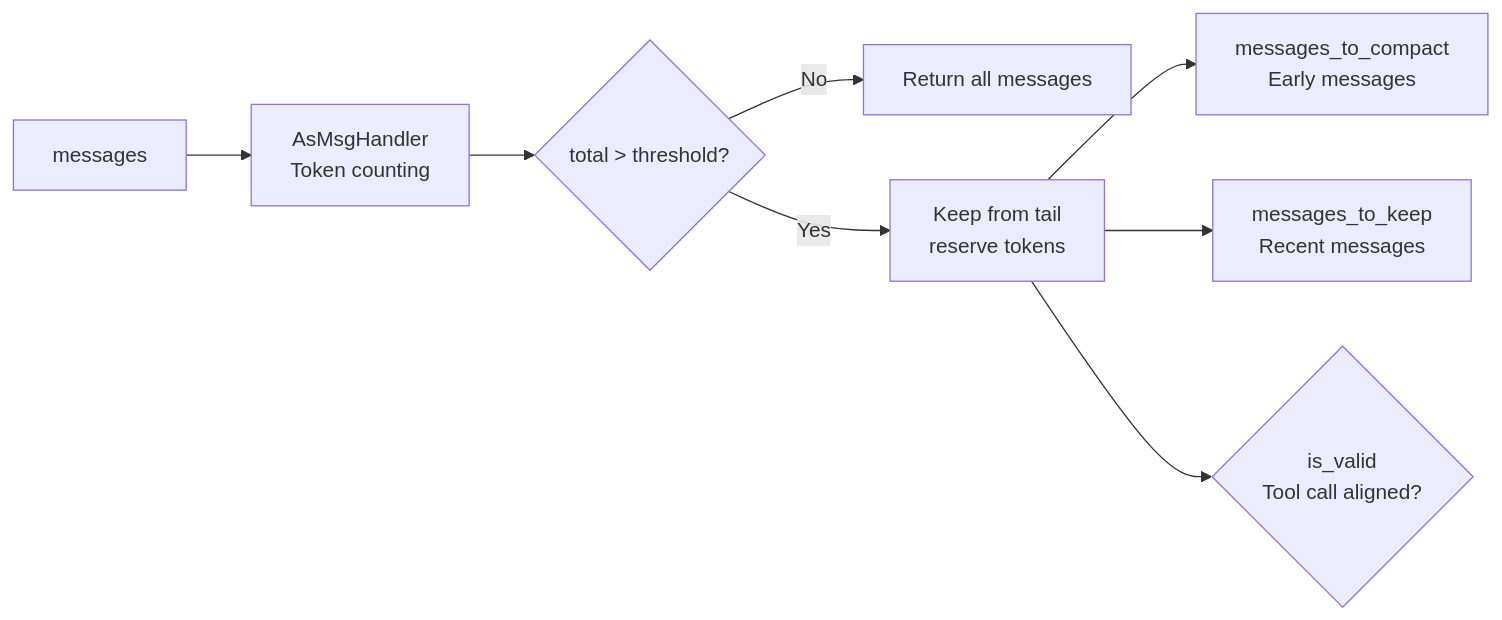
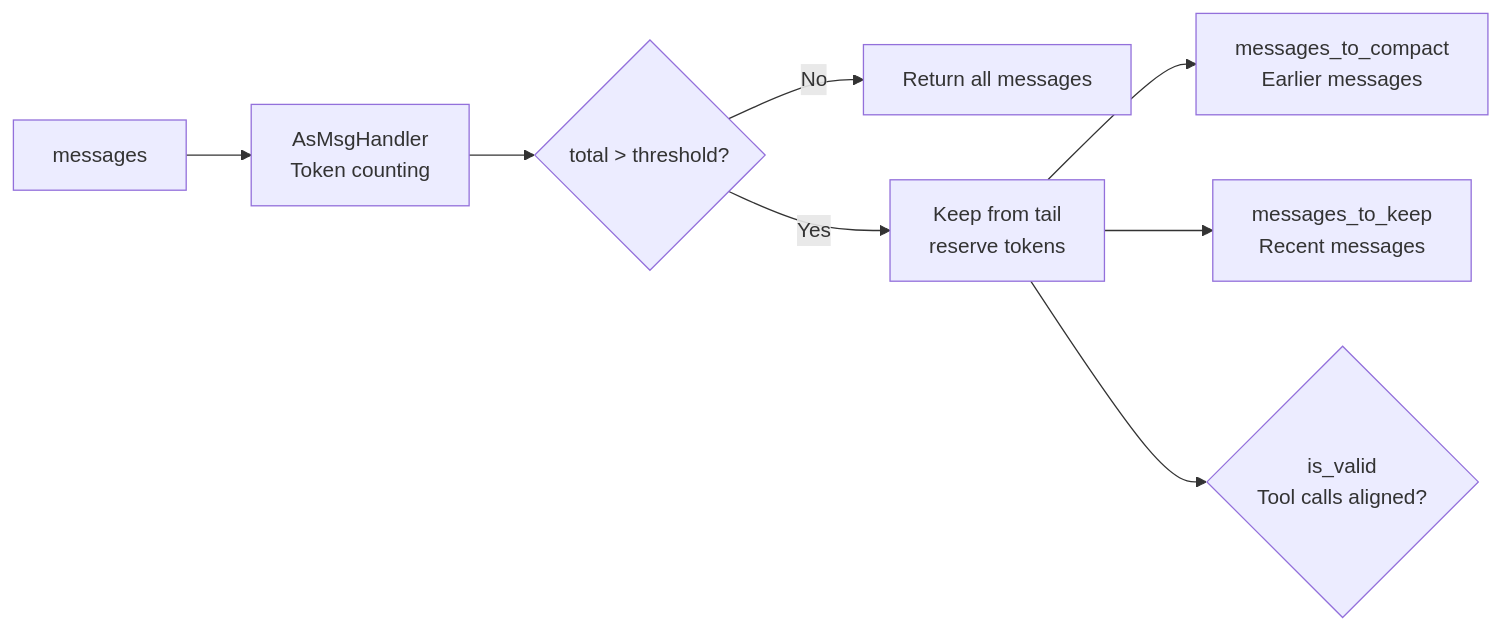
One commit to agentscope-ai/ReMe changed the second of 9 diagrams in README.md. Above: the diagram before and after it, drawn with Mermaid. The commit also changed other lines of this file and 1 other file, not shown here.

````diff
--- a/README.md
+++ b/README.md
@@ -201,10 +200,10 @@
 ```mermaid
 graph LR
     M[messages] --> H[AsMsgHandler<br>Token counting]
     H --> C{total > threshold?}
     C -->|No| K[Return all messages]
     C -->|Yes| S[Keep from tail<br>reserve tokens]
-    S --> CP[messages_to_compact<br>Early messages]
+    S --> CP[messages_to_compact<br>Earlier messages]
     S --> KP[messages_to_keep<br>Recent messages]
-    S --> V{is_valid<br>Tool call aligned?}
+    S --> V{is_valid<br>Tool calls aligned?}
 ```
````
